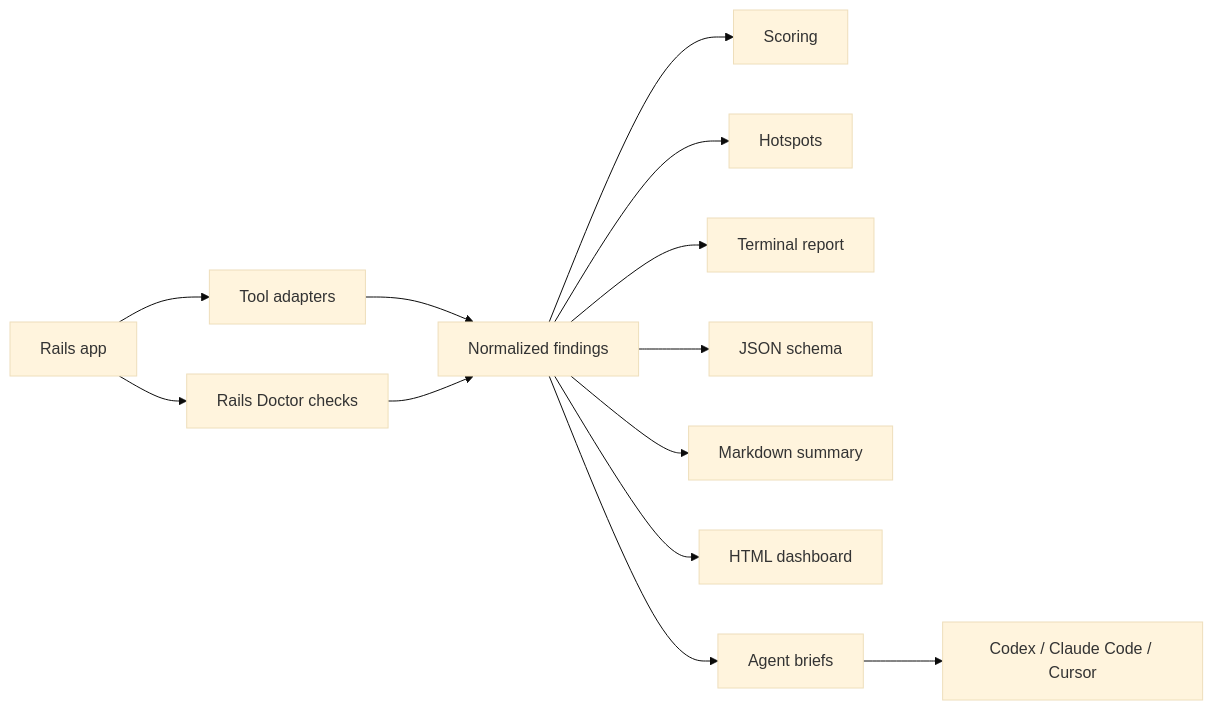
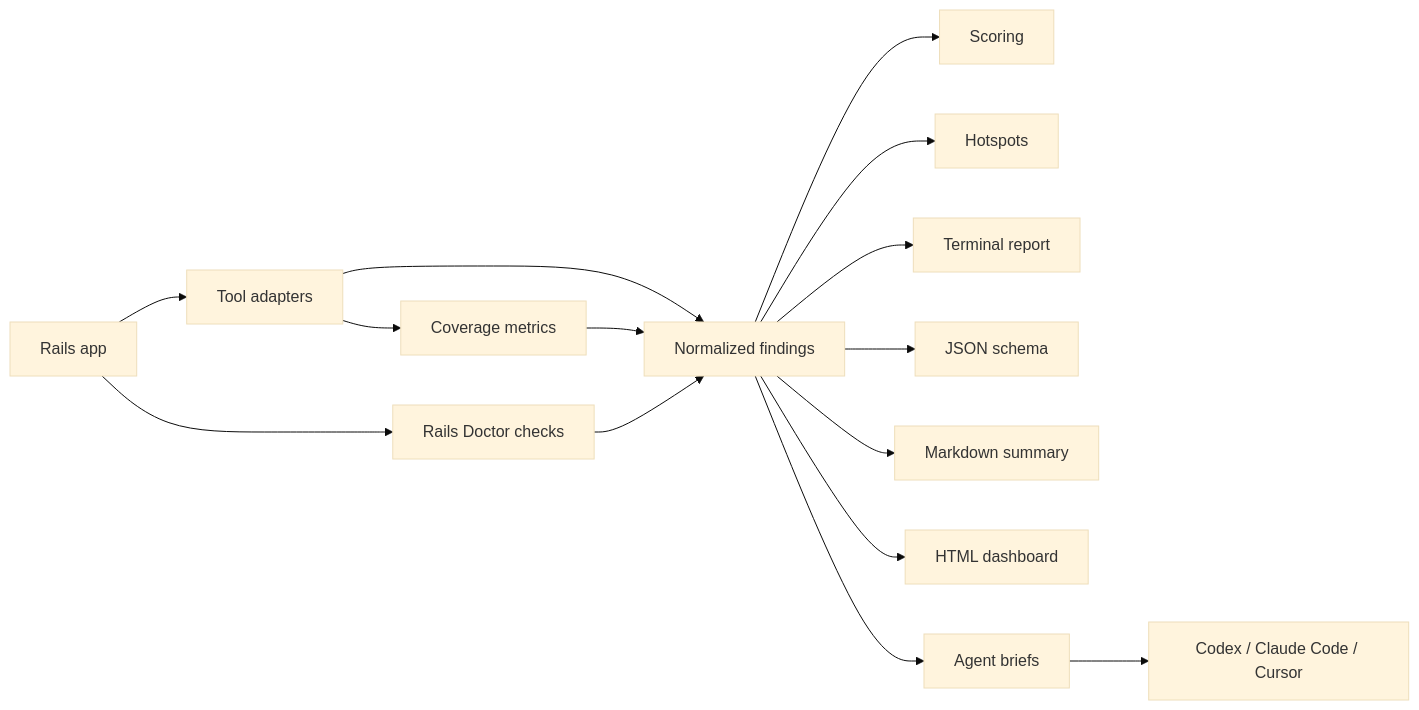
One commit to joshsaintjacque/rails-doctor changed the diagram in docs/architecture.md. Above: the diagram before and after it, drawn with Mermaid (base theme). The commit also changed other lines of this file and 29 other files, not shown here.

````diff
--- a/docs/architecture.md
+++ b/docs/architecture.md
@@ -3,15 +3,17 @@
 ```mermaid
 flowchart LR
   A[Rails app] --> B[Tool adapters]
   A --> C[Rails Doctor checks]
   B --> D[Normalized findings]
   C --> D
+  B --> M[Coverage metrics]
+  M --> D
   D --> E[Scoring]
   D --> F[Hotspots]
   D --> G[Terminal report]
   D --> H[JSON schema]
   D --> I[Markdown summary]
   D --> J[HTML dashboard]
   D --> K[Agent briefs]
   K --> L[Codex / Claude Code / Cursor]
 ```
````
